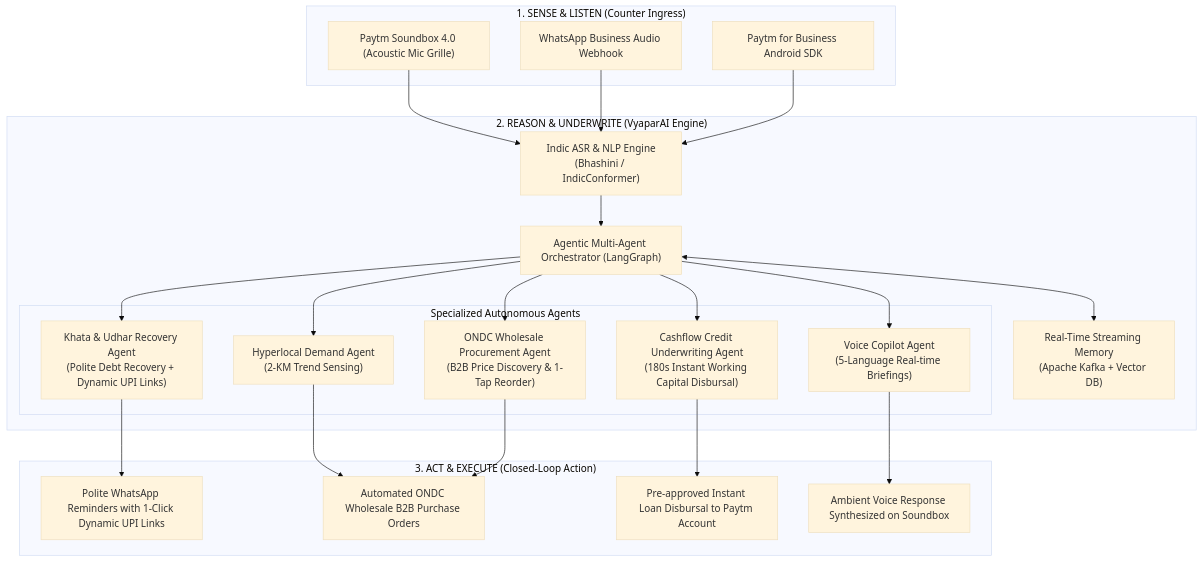
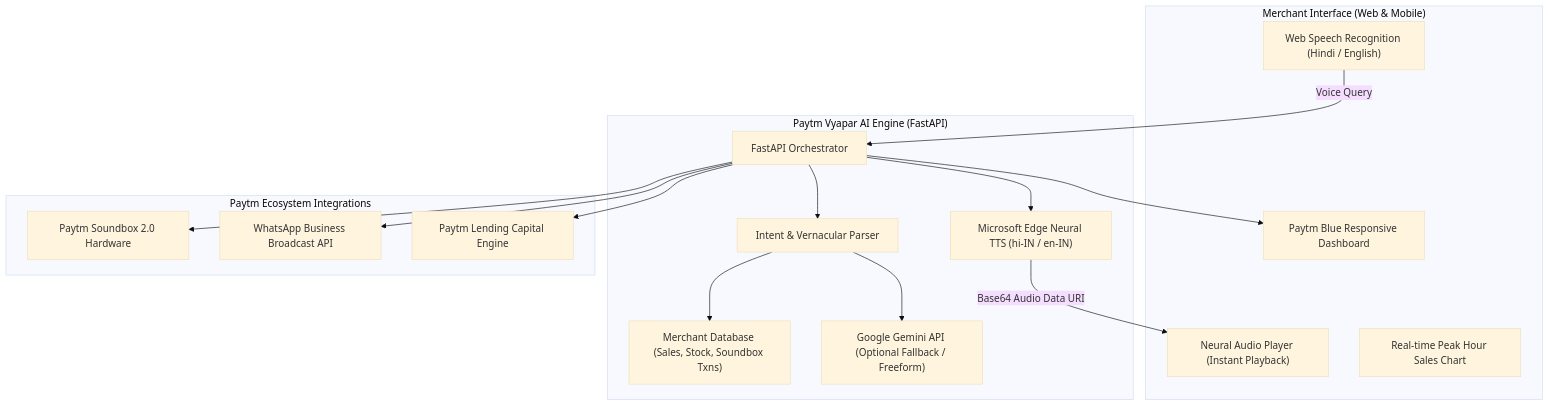
Before and after one commit to shaikjafar559/Paytm-VyaparAI: the diagram in README.md, drawn with Mermaid (base theme). The commit also changed other lines of this file and 4 other files, not shown here.

Commit message:
Feat: Add dynamic multilingual query suggestions and quick-ask chips for English, Telugu, Hindi, Tamil, Kannada with synchronized Soundbox audio

````diff
--- a/README.md
+++ b/README.md
@@ -36,38 +43,34 @@
 ```mermaid
 flowchart TD
-    subgraph INGRESS["1. SENSE & LISTEN (Counter Ingress)"]
-        A["Paytm Soundbox 4.0 (Acoustic Mic Grille)"]
-        B["WhatsApp Business Audio Webhook"]
-        C["Paytm for Business Android SDK"]
+    subgraph Frontend["Merchant Interface (Web & Mobile)"]
+        UI["Paytm Blue Responsive Dashboard"]
+        Mic["Web Speech Recognition (Hindi / English)"]
+        Audio["Neural Audio Player (Instant Playback)"]
+        Charts["Real-time Peak Hour Sales Chart"]
     end
 
-    subgraph ENGINE["2. REASON & UNDERWRITE (VyaparAI Engine)"]
-        D["Indic ASR & NLP Engine<br/>(Bhashini / IndicConformer)"]
-        E["Agentic Multi-Agent Orchestrator (LangGraph)"]
-        
-        subgraph AGENTS["Specialized Autonomous Agents"]
-            F["Voice Copilot Agent<br/>(5-Language Real-time Briefings)"]
-            G["Khata & Udhar Recovery Agent<br/>(Polite Debt Recovery + Dynamic UPI Links)"]
-            H["Hyperlocal Demand Agent<br/>(2-KM Trend Sensing)"]
-            I["ONDC Wholesale Procurement Agent<br/>(B2B Price Discovery & 1-Tap Reorder)"]
-            J["Cashflow Credit Underwriting Agent<br/>(180s Instant Working Capital Disbursal)"]
-        end
-        
-        K["Real-Time Streaming Memory<br/>(Apache Kafka + Vector DB)"]
+    subgraph Backend["Paytm Vyapar AI Engine (FastAPI)"]
+        API["FastAPI Orchestrator"]
+        NLU["Intent & Vernacular Parser"]
+        MockDB["Merchant Database (Sales, Stock, Soundbox Txns)"]
+        TTS["Microsoft Edge Neural TTS (hi-IN / en-IN)"]
+        LLM["Google Gemini API (Optional Fallback / Freeform)"]
     end
 
-    subgraph EGRESS["3. ACT & EXECUTE (Closed-Loop Action)"]
-        L["Polite WhatsApp Reminders with 1-Click Dynamic UPI Links"]
-        M["Automated ONDC Wholesale B2B Purchase Orders"]
-        N["Pre-approved Instant Loan Disbursal to Paytm Account"]
-        O["Ambient Voice Response Synthesized on Soundbox"]
+    subgraph Ecosystem["Paytm Ecosystem Integrations"]
+        SBox["Paytm Soundbox 2.0 Hardware"]
+        WhatsApp["WhatsApp Business Broadcast API"]
+        Lending["Paytm Lending Capital Engine"]
     end
 
-    A & B & C --> D --> E
-    E --> F & G & H & I & J
-    E <--> K
-    F --> O
-    G --> L
-    H & I --> M
-    J --> N
+    Mic -->|Voice Query| API
+    API --> NLU
+    NLU --> MockDB
+    NLU --> LLM
+    API --> TTS
+    TTS -->|Base64 Audio Data URI| Audio
+    API --> UI
+    API --> SBox
+    API --> WhatsApp
+    API --> Lending
 ```
````
